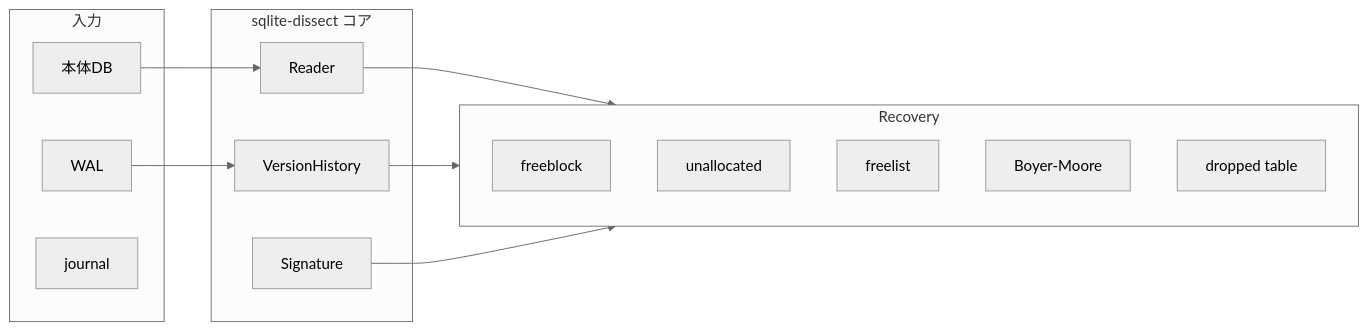
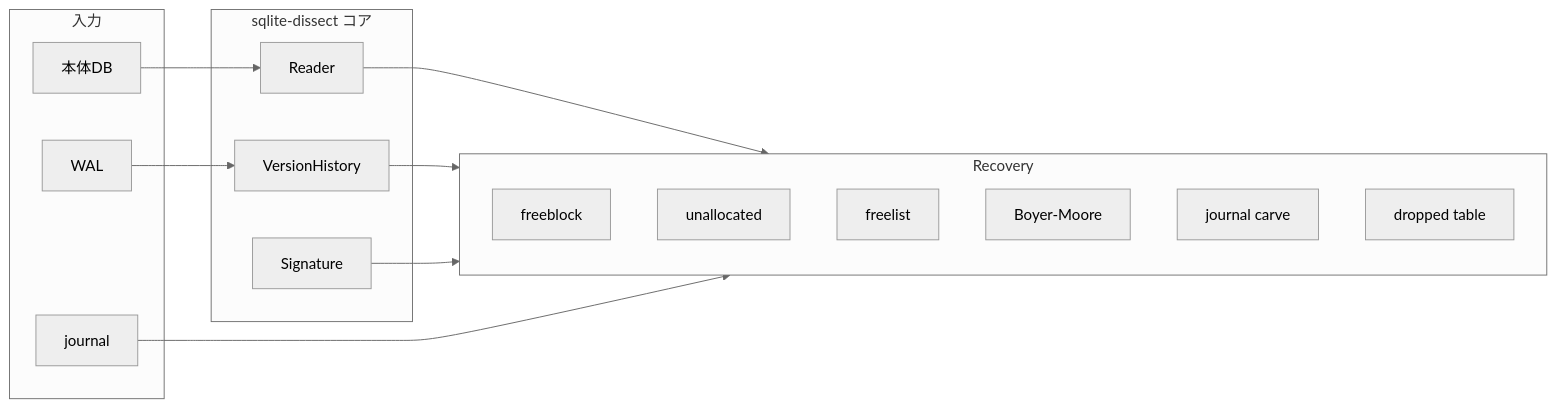
The diagram in docs/01-algorithms-overview.md (matrix9neonebuchadnezzar2199-sketch/ZEUS-DB), drawn with Mermaid (neutral theme) before and after one commit. The commit also changed other lines of this file and 2 other files, not shown here.

First line of the commit message:
docs: document rollback journal carving

````diff
--- a/docs/01-algorithms-overview.md
+++ b/docs/01-algorithms-overview.md
@@ -28,25 +28,27 @@
 ```mermaid
 flowchart LR
   subgraph input [入力]
     DB[本体DB]
     WAL[WAL]
     JOURNAL[journal]
   end
   subgraph core [sqlite-dissect コア]
     Reader[Reader]
     Version[VersionHistory]
     Sig[Signature]
   end
   subgraph recover [Recovery]
     FB[freeblock]
     UA[unallocated]
     FL[freelist]
     BM[Boyer-Moore]
+    RJ[journal carve]
     DT[dropped table]
   end
   DB --> Reader
   WAL --> Version
   Reader --> recover
   Version --> recover
+  JOURNAL --> recover
   Sig --> recover
 ```
````
